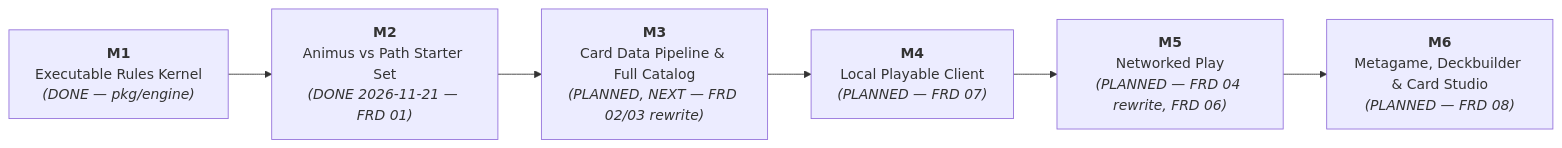
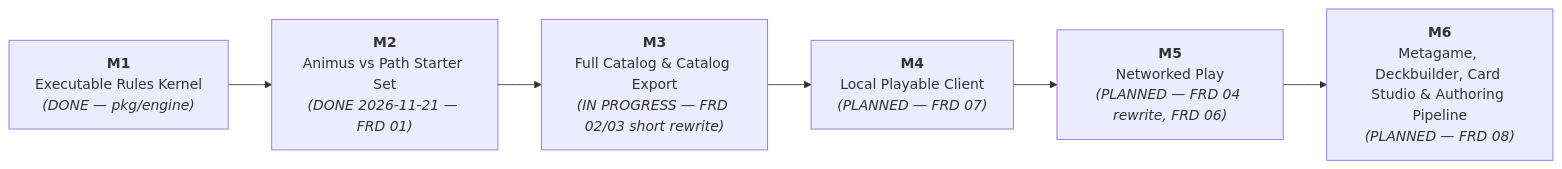
The diagram in docs/PRODUCT_SUMMARY.md (hailstorm01/animus-mundi), drawn with Mermaid before and after one commit. The commit also changed other lines of this file, not shown here.

Commit message:
docs(product): scope M3 as Full Catalog & Catalog Export; authoring pipeline moves to M6 (stakeholder, 2026-11-21)

````diff
--- a/docs/PRODUCT_SUMMARY.md
+++ b/docs/PRODUCT_SUMMARY.md
@@ -261,11 +261,11 @@
 ```mermaid
 flowchart LR
     M1["<b>M1</b><br/>Executable Rules Kernel<br/><i>(DONE — pkg/engine)</i>"]
     M2["<b>M2</b><br/>Animus vs Path Starter Set<br/><i>(DONE 2026-11-21 — FRD 01)</i>"]
-    M3["<b>M3</b><br/>Card Data Pipeline & Full Catalog<br/><i>(PLANNED, NEXT — FRD 02/03 rewrite)</i>"]
+    M3["<b>M3</b><br/>Full Catalog & Catalog Export<br/><i>(IN PROGRESS — FRD 02/03 short rewrite)</i>"]
     M4["<b>M4</b><br/>Local Playable Client<br/><i>(PLANNED — FRD 07)</i>"]
     M5["<b>M5</b><br/>Networked Play<br/><i>(PLANNED — FRD 04 rewrite, FRD 06)</i>"]
-    M6["<b>M6</b><br/>Metagame, Deckbuilder & Card Studio<br/><i>(PLANNED — FRD 08)</i>"]
+    M6["<b>M6</b><br/>Metagame, Deckbuilder, Card Studio & Authoring Pipeline<br/><i>(PLANNED — FRD 08)</i>"]
 
     M1 --> M2 --> M3 --> M4 --> M5 --> M6
 ```
````
